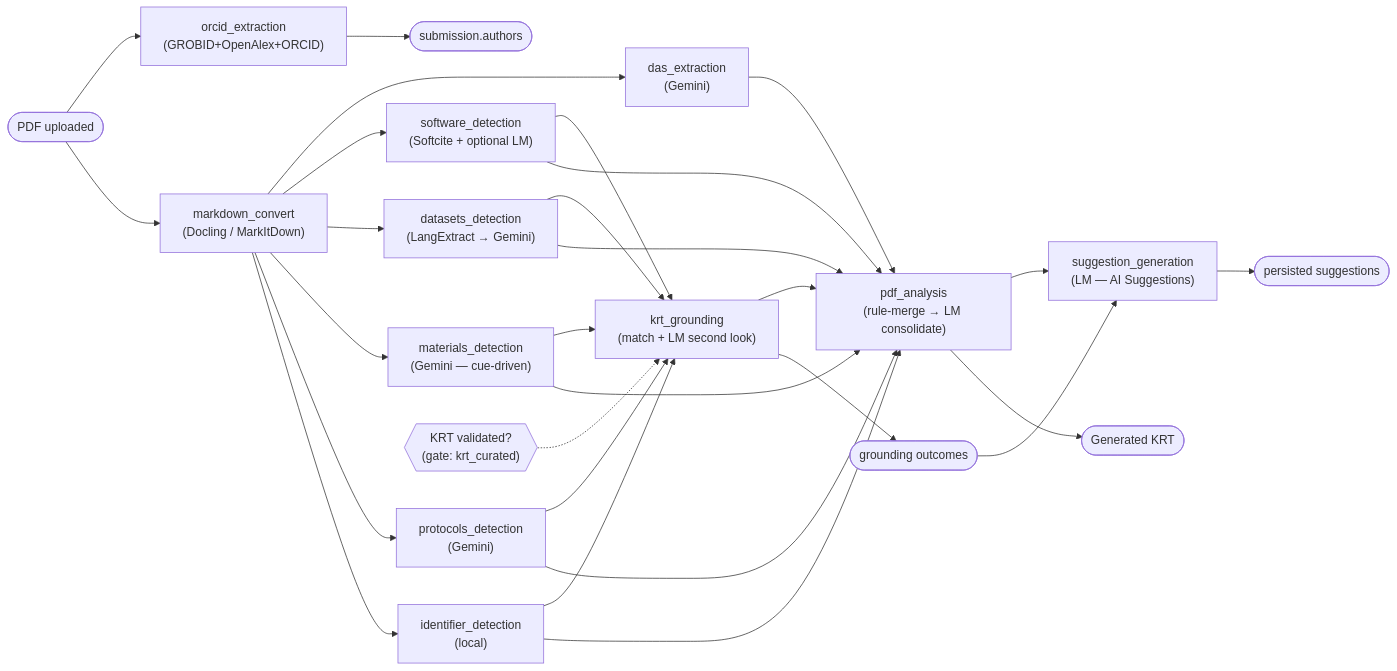
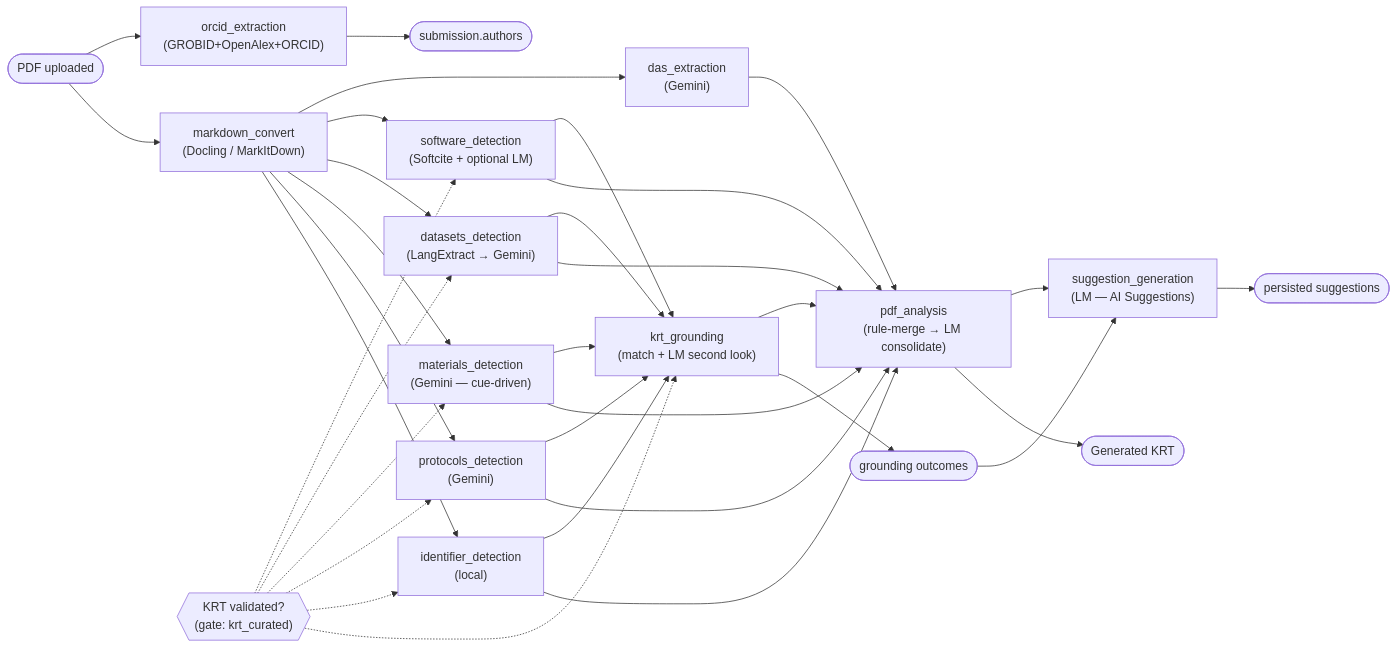
Before and after one commit to DataSeer/asap-kr-sync: the diagram in docs/background-modules.md, drawn with Mermaid. The commit also changed other lines of this file and 15 other files, not shown here.

````diff
--- a/docs/background-modules.md
+++ b/docs/background-modules.md
@@ -37,30 +37,35 @@
 ```mermaid
 flowchart LR
     UP(["PDF uploaded"]) --> OR["orcid_extraction<br/>(GROBID+OpenAlex+ORCID)"]
     UP --> MDC["markdown_convert<br/>(Docling / MarkItDown)"]
     MDC --> DAS["das_extraction<br/>(Gemini)"]
     MDC --> SW["software_detection<br/>(Softcite + optional LM)"]
     MDC --> DS["datasets_detection<br/>(LangExtract → Gemini)"]
     MDC --> MAT["materials_detection<br/>(Gemini — cue-driven)"]
     MDC --> PR["protocols_detection<br/>(Gemini)"]
     MDC --> ID["identifier_detection<br/>(local)"]
     SW --> KG["krt_grounding<br/>(match + LM second look)"]
     DS --> KG
     MAT --> KG
     PR --> KG
     ID --> KG
-    KRTV{{"KRT validated?<br/>(gate: krt_curated)"}} -.-> KG
+    KRTV{{"KRT validated?<br/>(gate: krt_curated)"}} -.-> SW
+    KRTV -.-> DS
+    KRTV -.-> MAT
+    KRTV -.-> PR
+    KRTV -.-> ID
+    KRTV -.-> KG
     SW --> PA["pdf_analysis<br/>(rule-merge → LM consolidate)"]
     MAT --> PA
     DAS --> PA
     DS --> PA
     PR --> PA
     ID --> PA
     KG --> PA
     KG --> GR(["grounding outcomes"])
     PA --> SG["suggestion_generation<br/>(LM — AI Suggestions)"]
     GR --> SG
     SG --> SUG(["persisted suggestions"])
     PA --> GK(["Generated KRT"])
     OR --> AU(["submission.authors"])
 ```
````
